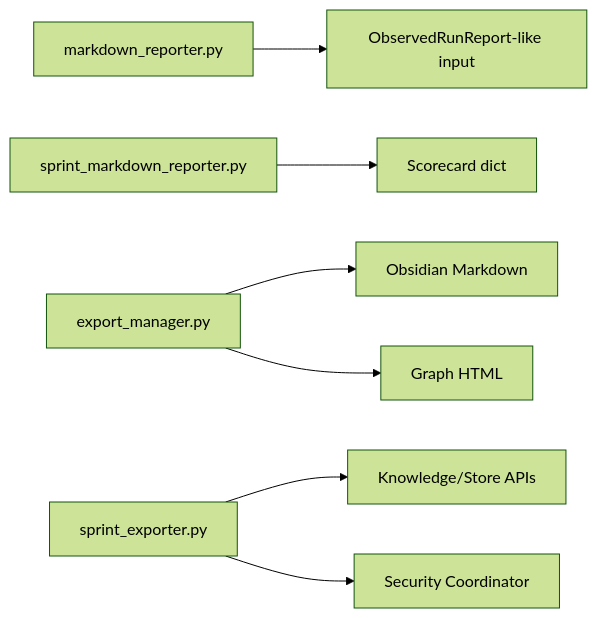
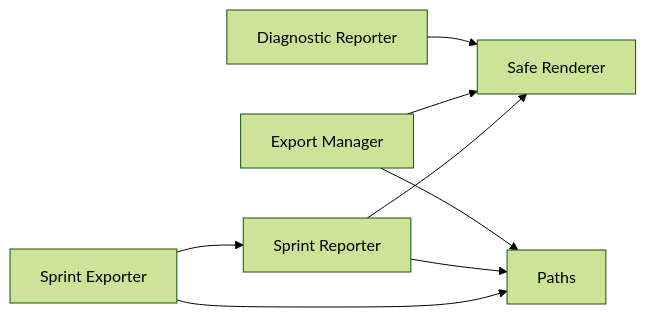
One commit to Hamulda/hledac-universal changed the sixth of 6 diagrams in .qoder/repowiki/en/content/Export and Reporting/Markdown Reporting.md. Above: the diagram before and after it, drawn with Mermaid (forest theme). The commit also changed other lines of this file and 236 other files, not shown here.

````diff
--- a/.qoder/repowiki/en/content/Export and Reporting/Markdown Reporting.md
+++ b/.qoder/repowiki/en/content/Export and Reporting/Markdown Reporting.md
@@ -332,9 +358,10 @@
 ```mermaid
 graph LR
-MR["markdown_reporter.py"] --> ORR["ObservedRunReport-like input"]
-SR["sprint_markdown_reporter.py"] --> SC["Scorecard dict"]
-EM["export_manager.py"] --> OM["Obsidian Markdown"]
-EM --> GH["Graph HTML"]
-SE["sprint_exporter.py"] --> STORE["Knowledge/Store APIs"]
-SE --> SEC["Security Coordinator"]
+DM["Diagnostic Reporter"] --> SR["Safe Renderer"]
+EM["Export Manager"] --> SR
+EM --> PATHS["Paths"]
+SMR["Sprint Reporter"] --> SR
+SMR --> PATHS
+SE["Sprint Exporter"] --> PATHS
+SE --> SMR
 ```
````
